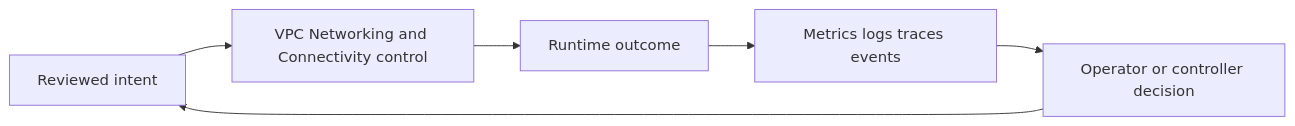
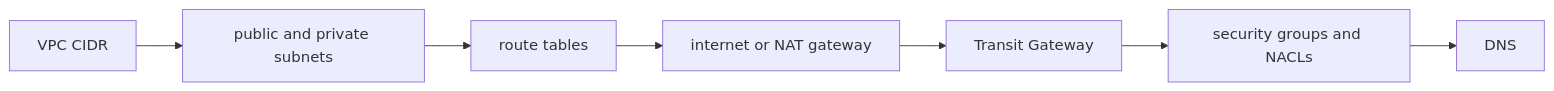
Before and after one commit to m1mohamad/devops-sre-prep: the diagram in docs/study/aws/02-vpc-networking-and-connectivity.md, drawn with Mermaid. The commit also changed other lines of this file and 61 other files, not shown here.

Commit message:
Replace generic architecture and study templates

````diff
--- a/docs/study/aws/02-vpc-networking-and-connectivity.md
+++ b/docs/study/aws/02-vpc-networking-and-connectivity.md
@@ -20,8 +15,4 @@
 ```mermaid
 flowchart LR
-  Intent[Reviewed intent] --> Control[VPC Networking and Connectivity control]
-  Control --> Runtime[Runtime outcome]
-  Runtime --> Signals[Metrics logs traces events]
-  Signals --> Decision[Operator or controller decision]
-  Decision --> Intent
+  N0[VPC CIDR] --> N1[public and private subnets] --> N2[route tables] --> N3[internet or NAT gateway] --> N4[Transit Gateway] --> N5[security groups and NACLs] --> N6[DNS]
 ```
````
